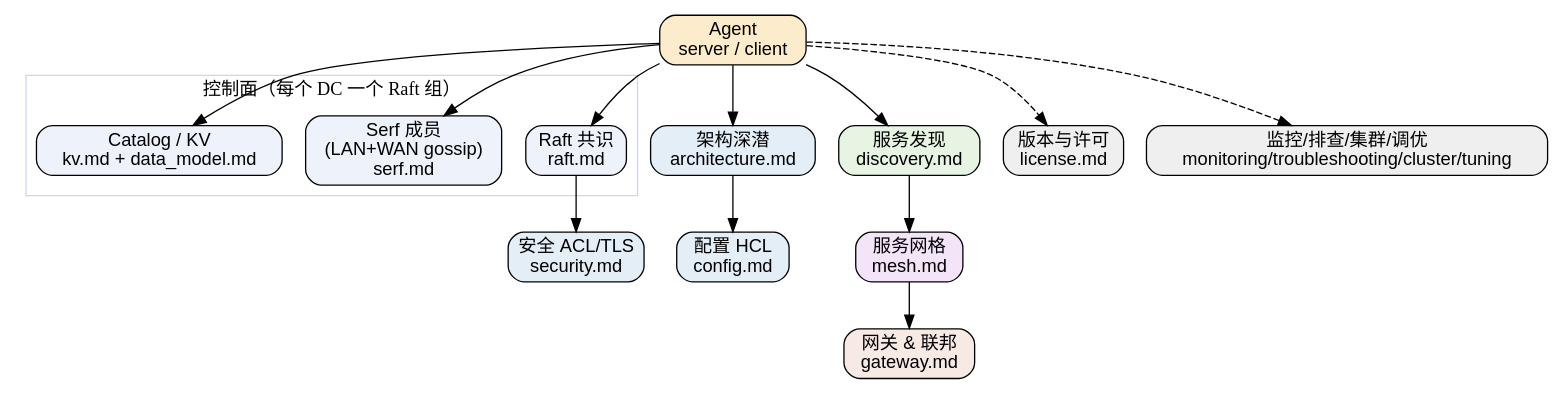
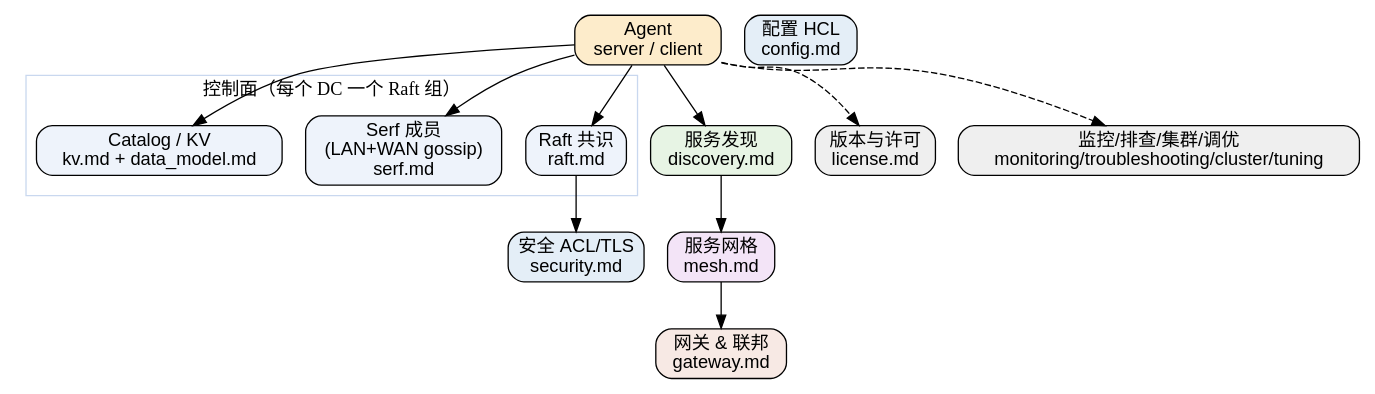
The diagram in docs/CS/Framework/consul/README.md (Robinpig/Note), drawn with Graphviz before and after one commit. The commit also changed other lines of this file and 148 other files, not shown here.

````diff
--- a/docs/CS/Framework/consul/README.md
+++ b/docs/CS/Framework/consul/README.md
@@ -7,36 +7,33 @@
 ```dot
 digraph consul_index {
   rankdir=TB;
   node [shape=box, style="rounded,filled", fillcolor="#eef3fb", fontname="Helvetica"];
   edge [color="#555", fontsize=10];
 
   subgraph cluster_ctrl {
     label="控制面（每个 DC 一个 Raft 组）";
     color="#c9d8ef";
     raft [label="Raft 共识\nraft.md"];
     serf [label="Serf 成员\n(LAN+WAN gossip)\nserf.md"];
     catalog [label="Catalog / KV\nkv.md + data_model.md"];
   }
   agent [label="Agent\nserver / client", fillcolor="#fdeccb"];
-  arch [label="架构深潜\narchitecture.md", fillcolor="#e4eef7"];
   disco [label="服务发现\ndiscovery.md", fillcolor="#e7f4e4"];
   mesh [label="服务网格\nmesh.md", fillcolor="#f3e4f7"];
   gw [label="网关 & 联邦\ngateway.md", fillcolor="#f7e9e4"];
   sec [label="安全 ACL/TLS\nsecurity.md", fillcolor="#e4eef7"];
   cfg [label="配置 HCL\nconfig.md", fillcolor="#e4eef7"];
   lic [label="版本与许可\nlicense.md", fillcolor="#efefef"];
   ops [label="监控/排查/集群/调优\nmonitoring/troubleshooting/cluster/tuning", fillcolor="#efefef"];
 
   agent -> raft;
   agent -> serf;
   agent -> catalog;
   agent -> disco;
-  agent -> arch;
-  arch -> cfg;
   disco -> mesh;
   mesh -> gw;
   raft -> sec;
   agent -> ops [style=dashed, color="#999"];
   agent -> lic [style=dashed, color="#999"];
 }
 ```
````
